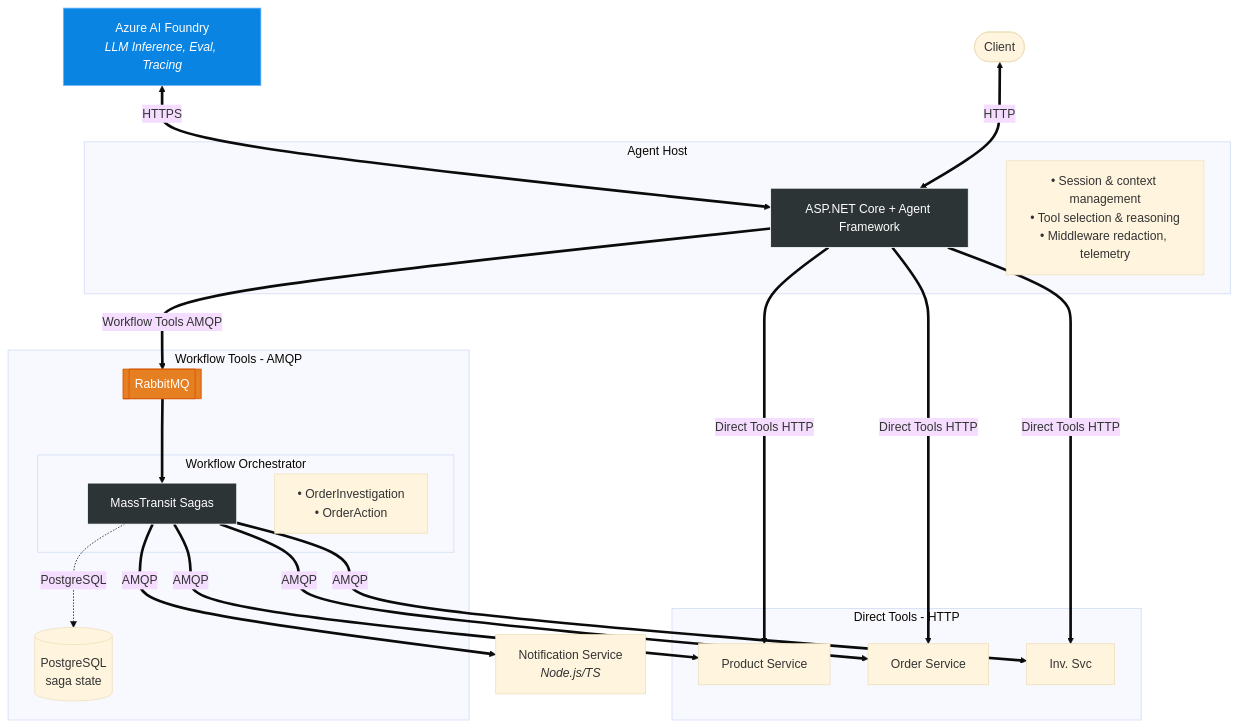
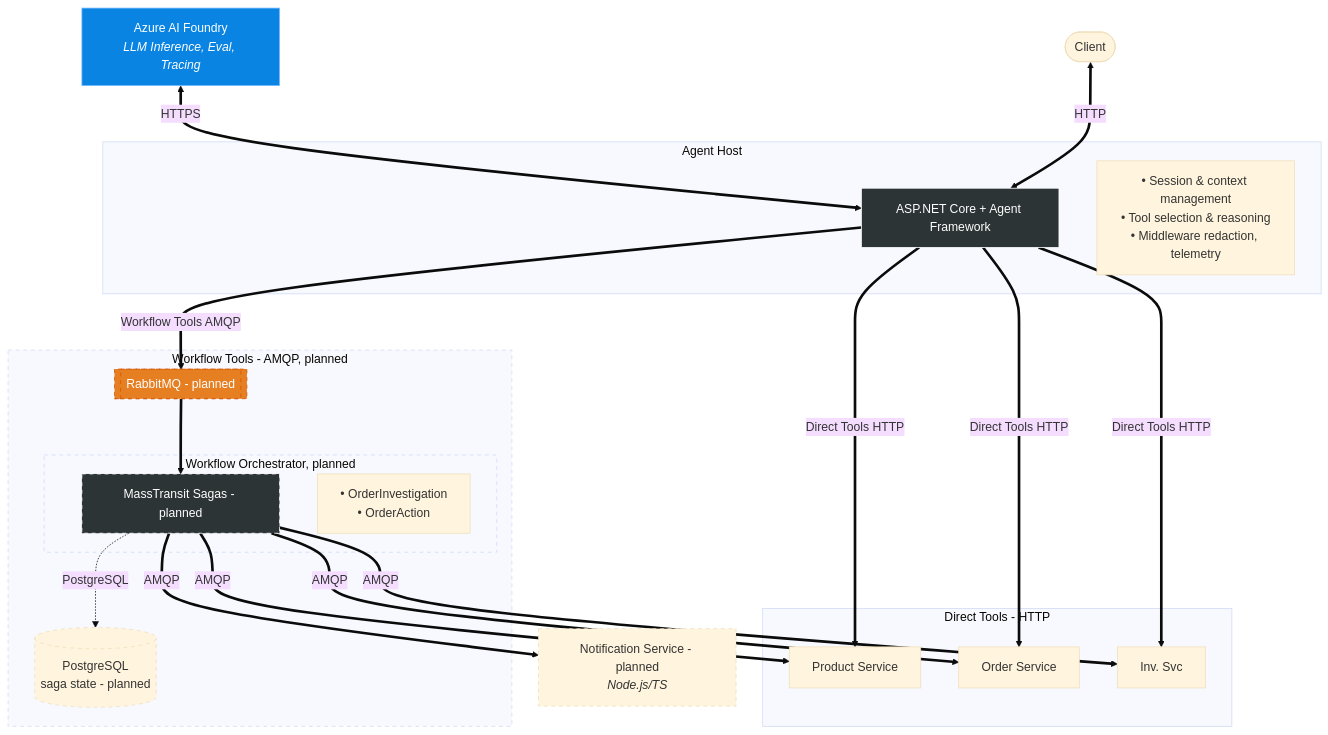
Before and after one commit to sanaullahmohammed/NexusOps: the diagram in README.md, drawn with Mermaid (base theme). The commit also changed other lines of this file and 10 other files, not shown here.

````diff
--- a/README.md
+++ b/README.md
@@ -11,52 +23,56 @@
 ```mermaid
 graph TD
     %% Define Nodes
     Foundry[Azure AI Foundry<br/><i>LLM Inference, Eval, Tracing</i>]
     Client([Client])
     
     subgraph Host [Agent Host]
         AH[ASP.NET Core + Agent Framework]
         AH_D[• Session & context management<br/>• Tool selection & reasoning<br/>• Middleware redaction, telemetry]
     end
 
     subgraph Direct [Direct Tools - HTTP]
         Prod[Product Service]
         Order[Order Service]
         Inv[Inv. Svc]
     end
 
-    subgraph Async [Workflow Tools - AMQP]
-        RMQ[[RabbitMQ]]@{ "type" : "queue" }
-        subgraph Orch [Workflow Orchestrator]
-            MT[MassTransit Sagas]
+    subgraph Async [Workflow Tools - AMQP, planned]
+        RMQ[[RabbitMQ - planned]]@{ "type" : "queue" }
+        subgraph Orch [Workflow Orchestrator, planned]
+            MT[MassTransit Sagas - planned]
             MT_D[• OrderInvestigation<br/>• OrderAction]
         end
-        PG[(PostgreSQL<br/>saga state)]
+        PG[(PostgreSQL<br/>saga state - planned)]
     end
 
-    Notify[Notification Service<br/><i>Node.js/TS</i>]
+    Notify[Notification Service - planned<br/><i>Node.js/TS</i>]
 
     %% Connections
     Foundry <==> |HTTPS| AH
     Client <==> |HTTP| AH
 
     AH ==> |Direct Tools HTTP| Prod
     AH ==> |Direct Tools HTTP| Order
     AH ==> |Direct Tools HTTP| Inv
 
     AH ==> |Workflow Tools AMQP| RMQ
     RMQ ==> MT
     MT -.-> |PostgreSQL| PG
     
     %% Async Back-channel
     MT ==> |AMQP| Prod
     MT ==> |AMQP| Order
     MT ==> |AMQP| Inv
     MT ==> |AMQP| Notify
 
     %% Styles
     style AH fill:#2d3436,color:#fff,stroke:#fff
     style Foundry fill:#0984e3,color:#fff,stroke:#74b9ff
-    style RMQ fill:#e67e22,color:#fff,stroke:#d35400
-    style MT fill:#2d3436,color:#fff,stroke:#fff
+    style RMQ fill:#e67e22,color:#fff,stroke:#d35400,stroke-dasharray: 5 5
+    style MT fill:#2d3436,color:#fff,stroke:#fff,stroke-dasharray: 5 5
+    style PG stroke-dasharray: 5 5
+    style Notify stroke-dasharray: 5 5
+    style Orch stroke-dasharray: 5 5
+    style Async stroke-dasharray: 5 5
 ```
````
